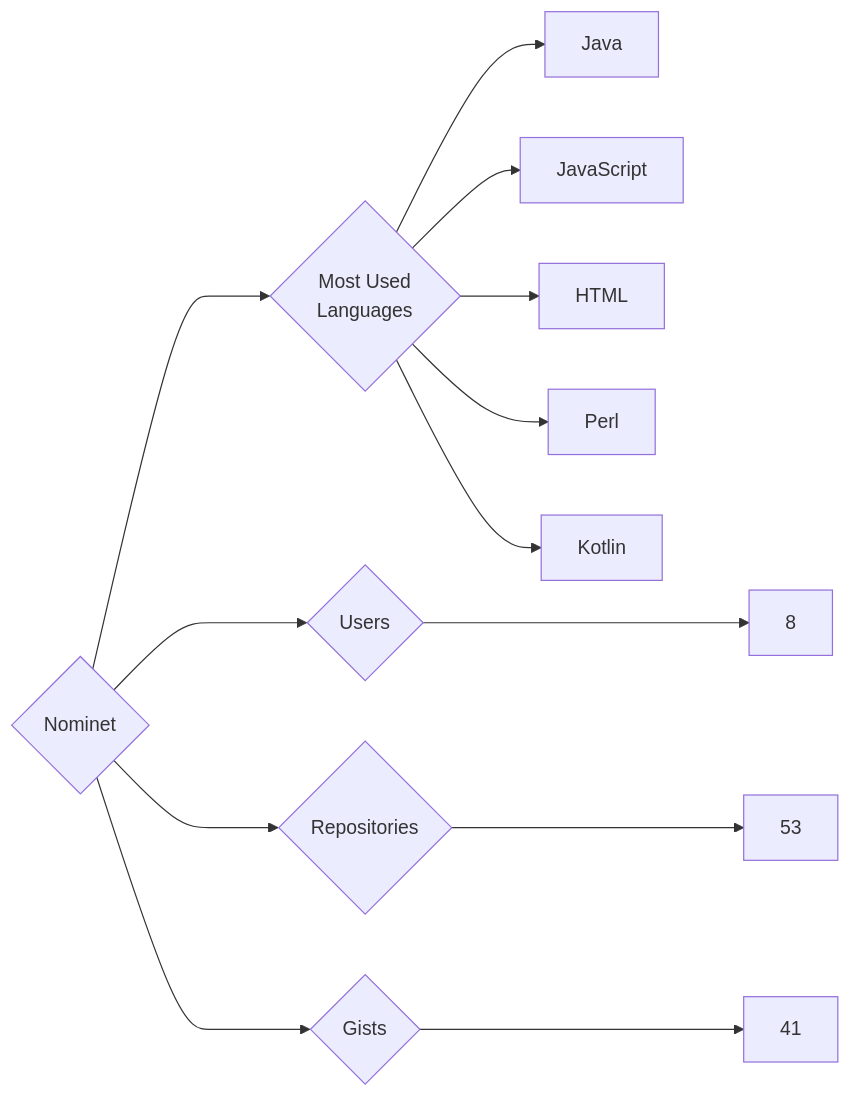
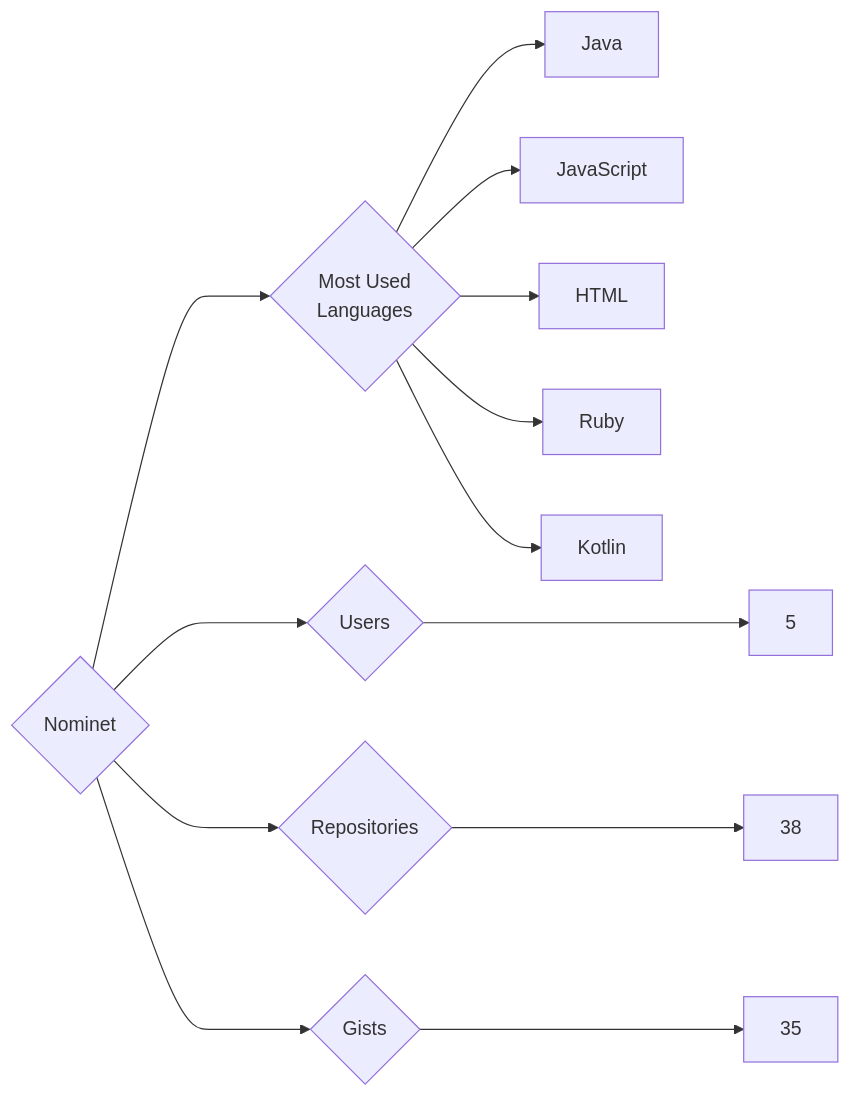
One commit to trickest/insiders changed the diagram in targets/Nominet/README.md. Above: the diagram before and after it, drawn with Mermaid. The commit also changed 1508 other files, not shown here.

````diff
--- a/targets/Nominet/README.md
+++ b/targets/Nominet/README.md
@@ -3,13 +3,13 @@
 ```mermaid
 graph LR
 COMPANY_NAME{Nominet}
-COMPANY_NAME ---> U{Users} ---> UN[8]
-COMPANY_NAME ---> R{Repositories} ---> RN[53]
-COMPANY_NAME ---> G{Gists} ---> GN[41]
+COMPANY_NAME ---> U{Users} ---> UN[5]
+COMPANY_NAME ---> R{Repositories} ---> RN[38]
+COMPANY_NAME ---> G{Gists} ---> GN[35]
 COMPANY_NAME ---> ML{Most Used<br>Languages}
 ML --> Java[Java]
 ML --> JavaScript[JavaScript]
 ML --> HTML[HTML]
-ML --> Perl[Perl]
+ML --> Ruby[Ruby]
 ML --> Kotlin[Kotlin]
 ```
````
